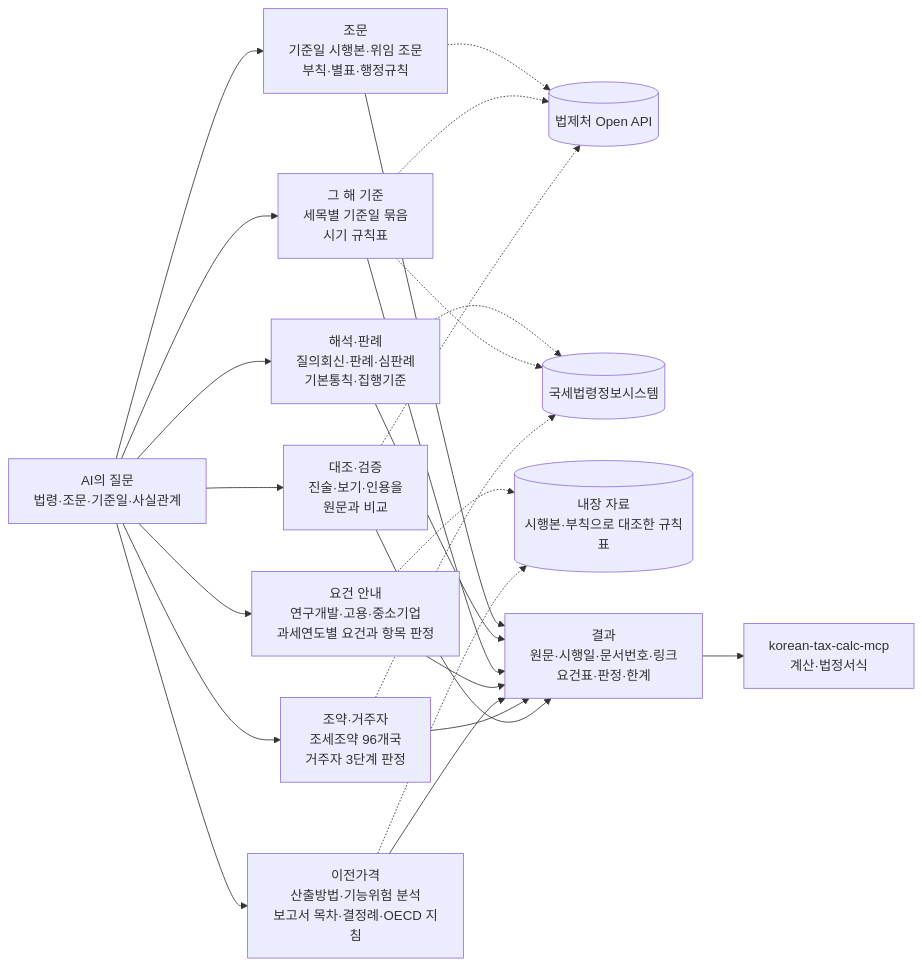
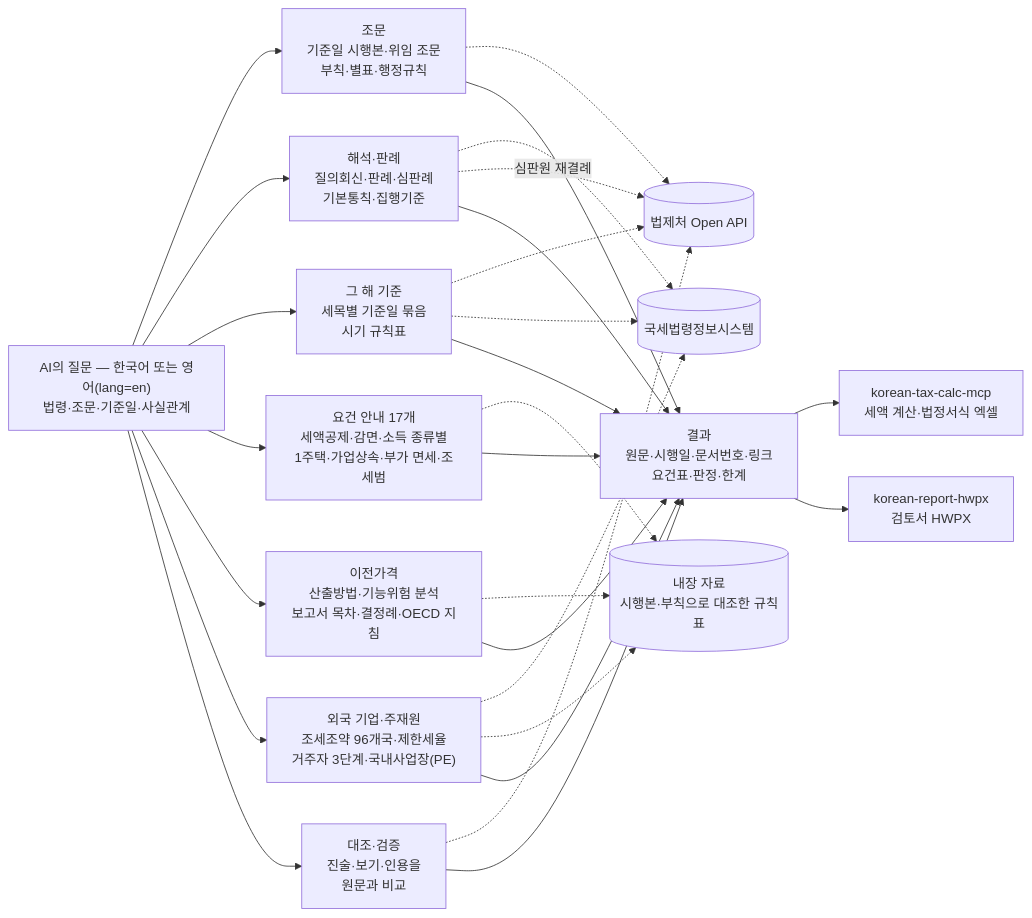
One commit to zqf20096327/ai_collect changed the first of 2 diagrams in data/readmes/UpstageAI__korean-tax-mcp.md. Above: the diagram before and after it, drawn with Mermaid. The commit also changed other lines of this file and 2362 other files, not shown here.

````diff
--- a/data/readmes/UpstageAI__korean-tax-mcp.md
+++ b/data/readmes/UpstageAI__korean-tax-mcp.md
@@ -21,27 +39,30 @@
 ```mermaid
 flowchart LR
-  Q["AI의 질문<br/>법령·조문·기준일·사실관계"]
+  Q["AI의 질문 — 한국어 또는 영어(lang=en)<br/>법령·조문·기준일·사실관계"]
   Q --> A["조문<br/>기준일 시행본·위임 조문<br/>부칙·별표·행정규칙"]
   Q --> B["해석·판례<br/>질의회신·판례·심판례<br/>기본통칙·집행기준"]
   Q --> C["그 해 기준<br/>세목별 기준일 묶음<br/>시기 규칙표"]
-  Q --> D["요건 안내<br/>연구개발·고용·중소기업<br/>과세연도별 요건과 항목 판정"]
+  Q --> D["요건 안내 17개<br/>세액공제·감면·소득 종류별<br/>1주택·가업상속·부가 면세·조세범"]
   Q --> E["이전가격<br/>산출방법·기능위험 분석<br/>보고서 목차·결정례·OECD 지침"]
-  Q --> F["조약·거주자<br/>조세조약 96개국<br/>거주자 3단계 판정"]
+  Q --> F["외국 기업·주재원<br/>조세조약 96개국·제한세율<br/>거주자 3단계·국내사업장(PE)"]
   Q --> G["대조·검증<br/>진술·보기·인용을<br/>원문과 비교"]
   A -.-> S1[("법제처 Open API")]
   B -.-> S2[("국세법령정보시스템")]
+  B -.->|심판원 재결례| S1
   C -.-> S1
   C -.-> S2
   F -.-> S2
   G -.-> S1
   D -.-> S3[("내장 자료<br/>시행본·부칙으로 대조한 규칙표")]
   E -.-> S3
+  F -.-> S3
   A --> R["결과<br/>원문·시행일·문서번호·링크<br/>요건표·판정·한계"]
   B --> R
   C --> R
   D --> R
   E --> R
   F --> R
   G --> R
-  R --> K["korean-tax-calc-mcp<br/>계산·법정서식"]
+  R --> K["korean-tax-calc-mcp<br/>세액 계산·법정서식 엑셀"]
+  R --> H["korean-report-hwpx<br/>검토서 HWPX"]
 ```
````
